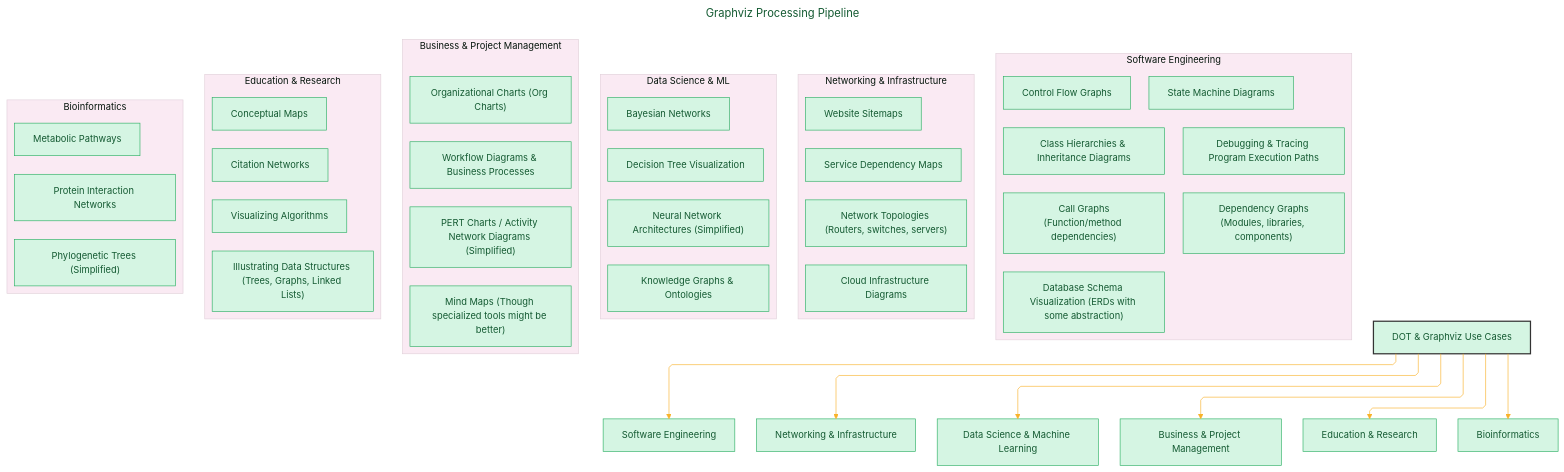
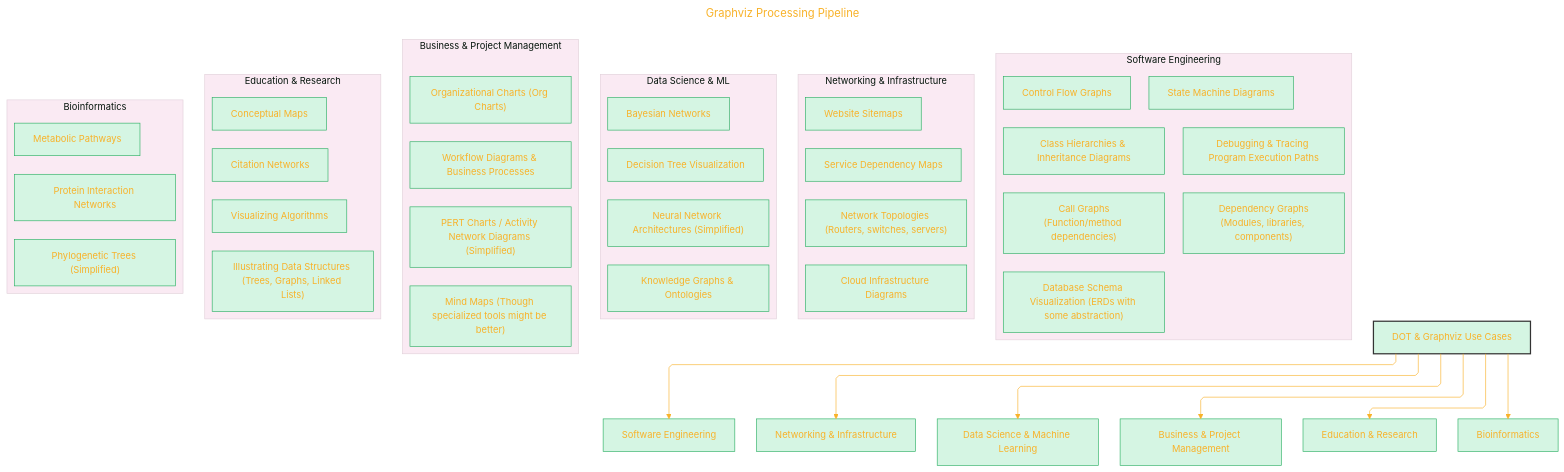
One commit to CongLeSolutionX/The-Language-Atlas changed the first of 2 diagrams in regions/DOT_language/PART_2/01_Common_Use_Cases.md. Above: the diagram before and after it, drawn with Mermaid. The commit also changed 2 other files, not shown here.

Commit message:
update notes

```diff
--- a/regions/DOT_language/PART_2/01_Common_Use_Cases.md
+++ b/regions/DOT_language/PART_2/01_Common_Use_Cases.md
@@ -40,7 +40,7 @@
     'fontFamily': 'Monaco',
     'themeVariables': {
       'primaryColor': '#D5F5E3',
-      'primaryTextColor': '#145A32',
+      'primaryTextColor': '#F8B229',
       'lineColor': '#F8B229',
       'primaryBorderColor': '#27AE60',
       'secondaryColor': '#EBDEF0',
```
